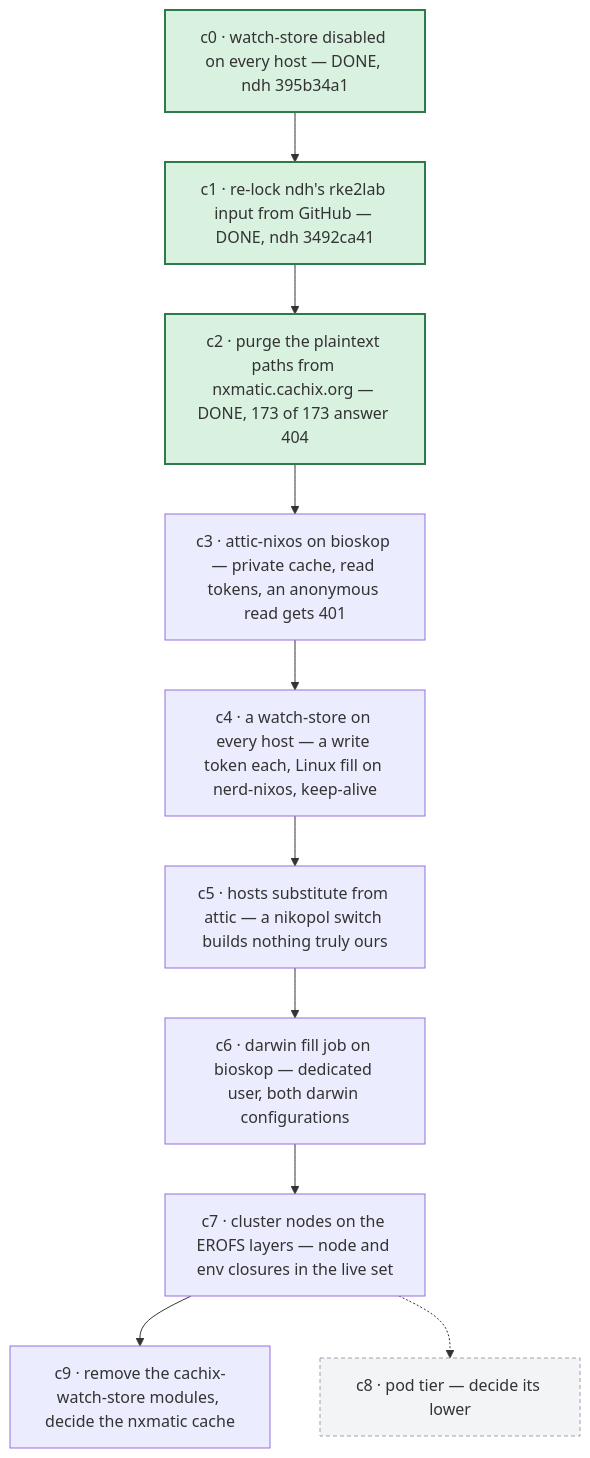
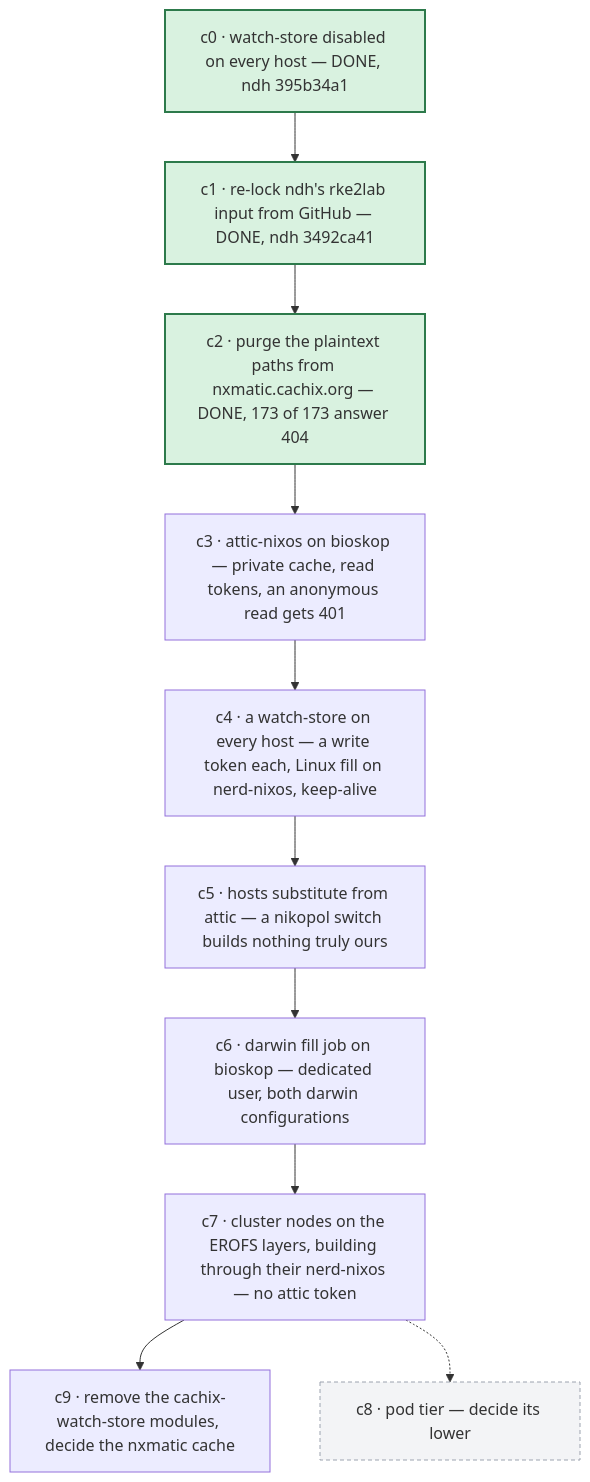
The eighth of 8 diagrams in docs/architecture/atlas/fabric-control-plane.adoc (seedmatic/rke2lab), drawn with Mermaid before and after one commit. The commit also changed other lines of this file, not shown here.

First line of the commit message:
docs(atlas): clusters build through their nerd-nixos — no attic token; SQLite

```diff
--- a/docs/architecture/atlas/fabric-control-plane.adoc
+++ b/docs/architecture/atlas/fabric-control-plane.adoc
@@ -518,19 +520,19 @@
 [mermaid]
 ....
 flowchart TB
   c0["c0 · watch-store disabled on every host — DONE, ndh 395b34a1"]:::done
   c1["c1 · re-lock ndh's rke2lab input from GitHub — DONE, ndh 3492ca41"]:::done
   c2["c2 · purge the plaintext paths from nxmatic.cachix.org — DONE, 173 of 173 answer 404"]:::done
   c3["c3 · attic-nixos on bioskop — private cache, read tokens, an anonymous read gets 401"]
   c4["c4 · a watch-store on every host — a write token each, Linux fill on nerd-nixos, keep-alive"]
   c5["c5 · hosts substitute from attic — a nikopol switch builds nothing truly ours"]
   c6["c6 · darwin fill job on bioskop — dedicated user, both darwin configurations"]
-  c7["c7 · cluster nodes on the EROFS layers — node and env closures in the live set"]
+  c7["c7 · cluster nodes on the EROFS layers, building through their nerd-nixos — no attic token"]
   c8["c8 · pod tier — decide its lower"]:::later
   c9["c9 · remove the cachix-watch-store modules, decide the nxmatic cache"]
   c0 --> c1 --> c2 --> c3 --> c4 --> c5 --> c6 --> c7 --> c9
   c7 -.-> c8
 
   classDef done fill:#d9f2e0,stroke:#2d7a4b,stroke-width:2px;
   classDef later fill:#f3f4f6,stroke:#9ca3af,stroke-dasharray:4 3;
 ....
```
